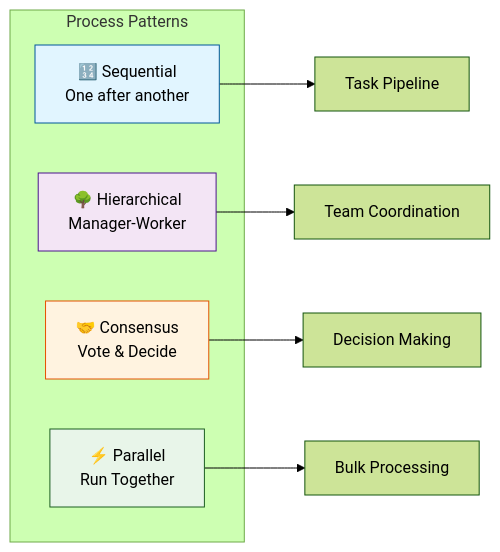
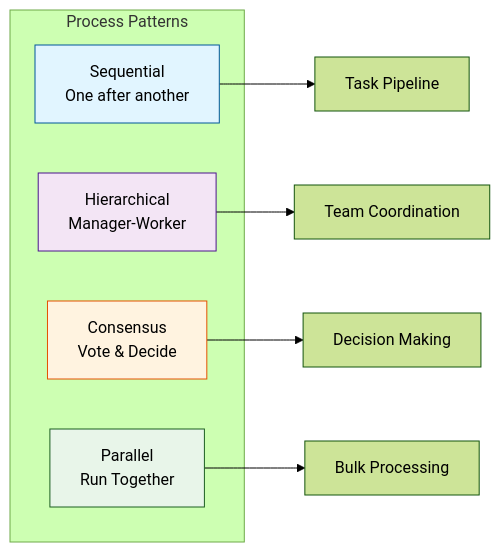
One commit to isathish/agenticaiframework changed the first of 3 diagrams in docs/features.md. Above: the diagram before and after it, drawn with Mermaid (forest theme). The commit also changed other lines of this file and 93 other files, not shown here.

````diff
--- a/docs/features.md
+++ b/docs/features.md
@@ -138,19 +138,19 @@
 ```mermaid
 graph LR
     subgraph "Process Patterns"
-        SEQ[🔢 Sequential<br/>One after another]
-        HIE[🌳 Hierarchical<br/>Manager-Worker]
-        CON[🤝 Consensus<br/>Vote & Decide]
-        PAR[⚡ Parallel<br/>Run Together]
+        SEQ[Sequential<br/>One after another]
+        HIE[Hierarchical<br/>Manager-Worker]
+        CON[Consensus<br/>Vote & Decide]
+        PAR[Parallel<br/>Run Together]
     end
-    
+
     SEQ --> USE1[Task Pipeline]
     HIE --> USE2[Team Coordination]
     CON --> USE3[Decision Making]
     PAR --> USE4[Bulk Processing]
-    
+
     style SEQ fill:#e1f5ff,stroke:#01579b
     style HIE fill:#f3e5f5,stroke:#4a148c
     style CON fill:#fff3e0,stroke:#e65100
     style PAR fill:#e8f5e9,stroke:#1b5e20
 ```
````
